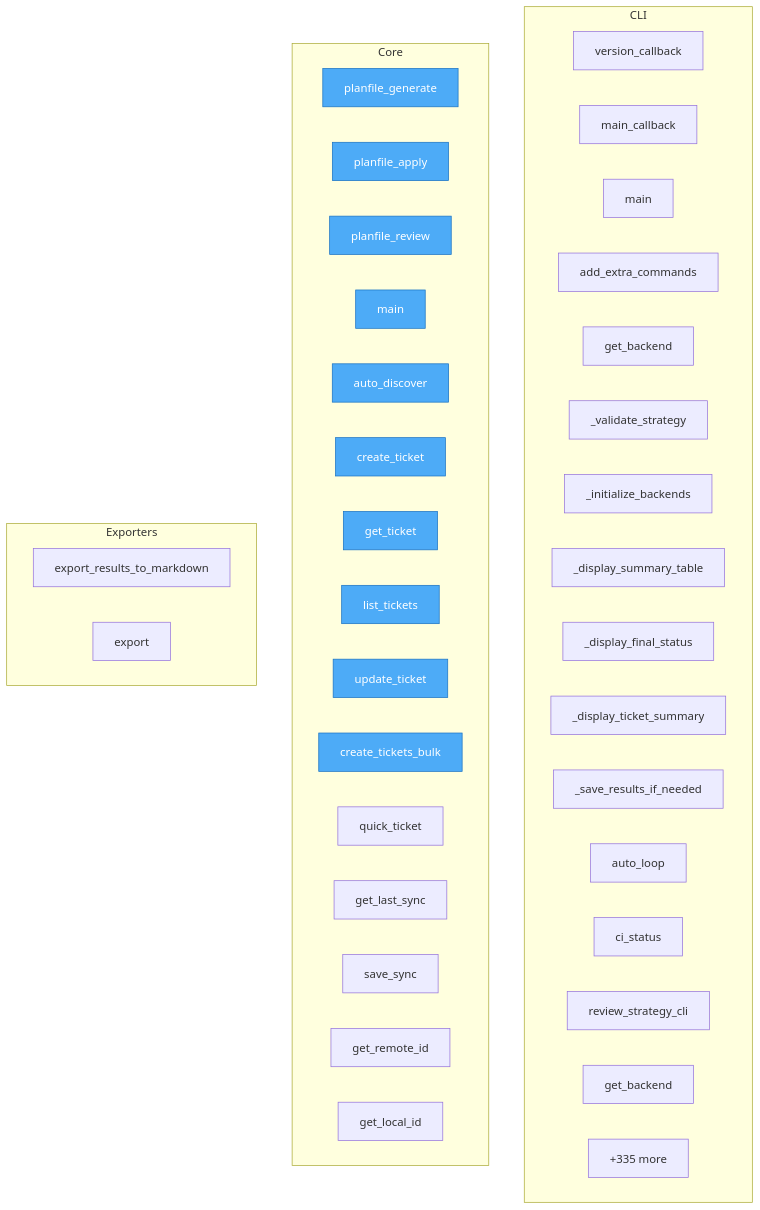
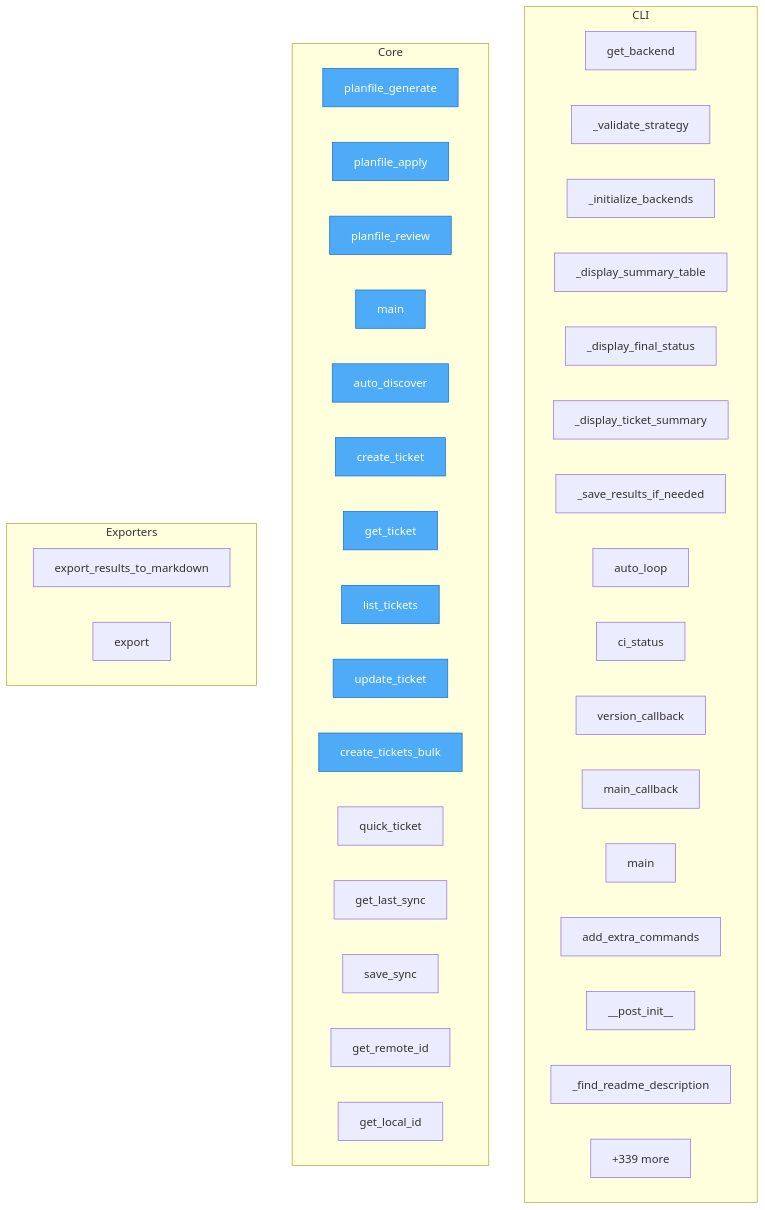
The diagram in project/flow.mmd (semcod/planfile), drawn with Mermaid before and after one commit. The commit also changed 22 other files, not shown here.

```diff
--- a/project/flow.mmd
+++ b/project/flow.mmd
@@ -1,49 +1,49 @@
 flowchart TD
 
     %% Entry points (blue)
     classDef entry fill:#4dabf7,stroke:#1971c2,color:#fff
 
     subgraph CLI
-        planfile__cli__commands__version_callback["version_callback"]
-        planfile__cli__commands__main_callback["main_callback"]
-        planfile__cli__commands__main["main"]
-        planfile__cli__extra_commands__add_extra_commands["add_extra_commands"]
         planfile__cli__auto_loop__get_backend["get_backend"]
         planfile__cli__auto_loop___validate_strategy["_validate_strategy"]
         planfile__cli__auto_loop___initialize_backends["_initialize_backends"]
         planfile__cli__auto_loop___display_summary_table["_display_summary_table"]
         planfile__cli__auto_loop___display_final_status["_display_final_status"]
         planfile__cli__auto_loop___display_ticket_summary["_display_ticket_summary"]
         planfile__cli__auto_loop___save_results_if_needed["_save_results_if_needed"]
         planfile__cli__auto_loop__auto_loop["auto_loop"]
         planfile__cli__auto_loop__ci_status["ci_status"]
-        planfile__cli__cmd__cmd_review__review_strategy_cli["review_strategy_cli"]
-        planfile__cli__cmd__cmd_utils__get_backend["get_backend"]
-        ...["+39 more"]
+        planfile__cli__commands__version_callback["version_callback"]
+        planfile__cli__commands__main_callback["main_callback"]
+        planfile__cli__commands__main["main"]
+        planfile__cli__extra_commands__add_extra_commands["add_extra_commands"]
+        planfile__cli__project_detector__DetectedProject____post_init__["__post_init__"]
+        planfile__cli__project_detector___find_readme_description["_find_readme_description"]
+        ...["+49 more"]
     end
 
     subgraph Core
         mcp_server_example__planfile_generate["planfile_generate"]
         mcp_server_example__planfile_apply["planfile_apply"]
         mcp_server_example__planfile_review["planfile_review"]
         mcp_server_example__main["main"]
         planfile__Planfile__auto_discover["auto_discover"]
         planfile__Planfile__create_ticket["create_ticket"]
         planfile__Planfile__get_ticket["get_ticket"]
         planfile__Planfile__list_tickets["list_tickets"]
         planfile__Planfile__update_ticket["update_ticket"]
         planfile__Planfile__create_tickets_bulk["create_tickets_bulk"]
         planfile__quick_ticket["quick_ticket"]
         planfile__sync__state__SyncState__get_last_sync["get_last_sync"]
         planfile__sync__state__SyncState__save_sync["save_sync"]
         planfile__sync__state__SyncState__get_remote_id["get_remote_id"]
         planfile__sync__state__SyncState__get_local_id["get_local_id"]
-        ...["+335 more"]
+        ...["+339 more"]
     end
 
     subgraph Exporters
         planfile__loaders__cli_loader__export_results_to_markdown["export_results_to_markdown"]
         planfile__core__models__Strategy__export["export"]
     end
 
     class mcp_server_example__planfile_generate,mcp_server_example__planfile_apply,mcp_server_example__planfile_review,mcp_server_example__main,planfile__Planfile__auto_discover,planfile__Planfile__create_ticket,planfile__Planfile__get_ticket,planfile__Planfile__list_tickets,planfile__Planfile__update_ticket,planfile__Planfile__create_tickets_bulk entry
```
